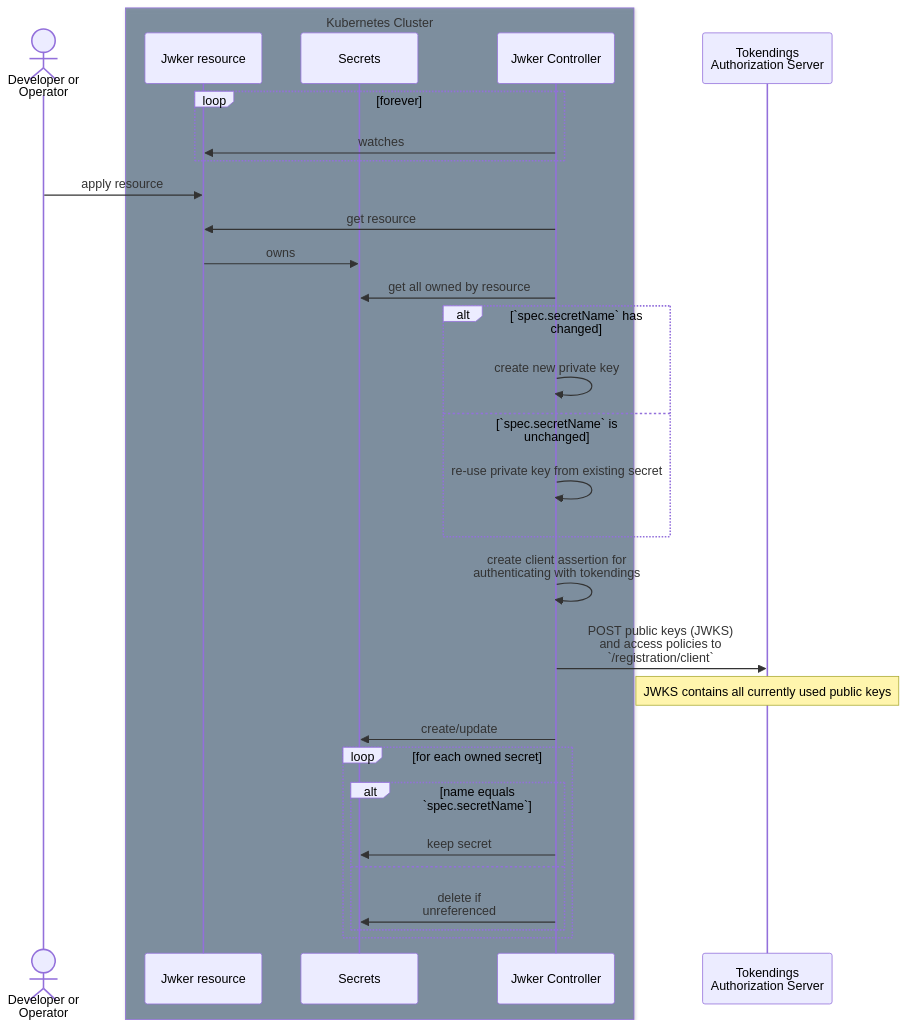
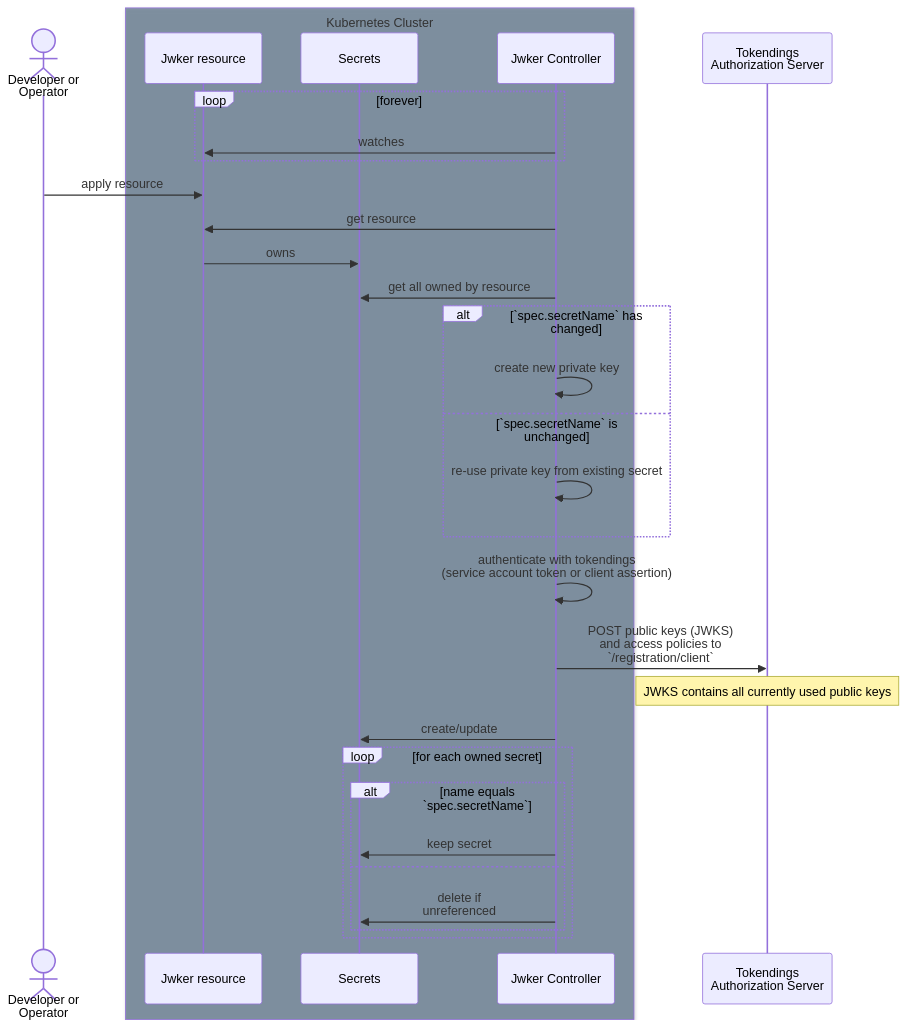
The diagram in README.md (nais/jwker), drawn with Mermaid before and after one commit. The commit also changed other lines of this file and 9 other files, not shown here.

First line of the commit message:
feat: add optional Kubernetes service account client authentication (#320)

````diff
--- a/README.md
+++ b/README.md
@@ -47,37 +47,37 @@
 ```mermaid
 sequenceDiagram
     actor developer as Developer or<br/>Operator
     box rgba(33,66,99,0.5) Kubernetes Cluster
       participant crd as Jwker resource
       participant secrets as Secrets
       participant jwker as Jwker Controller
     end
     participant tokendings as Tokendings<br/>Authorization Server
 
     loop forever
       jwker ->> crd: watches
     end
     developer ->> crd: apply resource
     jwker ->> crd: get resource
     crd ->> secrets: owns
 
     jwker ->> secrets: get all owned by resource
     alt `spec.secretName` has changed
       jwker ->> jwker: create new private key
     else `spec.secretName` is unchanged
       jwker ->> jwker: re-use private key from existing secret
     end
 
-    jwker ->> jwker: create client assertion for<br/>authenticating with tokendings
+    jwker ->> jwker: authenticate with tokendings<br/>(service account token or client assertion)
     jwker ->> tokendings: POST public keys (JWKS)<br/>and access policies to<br/>`/registration/client`
     note over tokendings: JWKS contains all currently used public keys
 
     jwker ->> secrets: create/update
     loop for each owned secret
       alt name equals `spec.secretName`
          jwker ->> secrets: keep secret
       else
          jwker ->> secrets: delete if<br/>unreferenced
       end
     end
 ```
````
